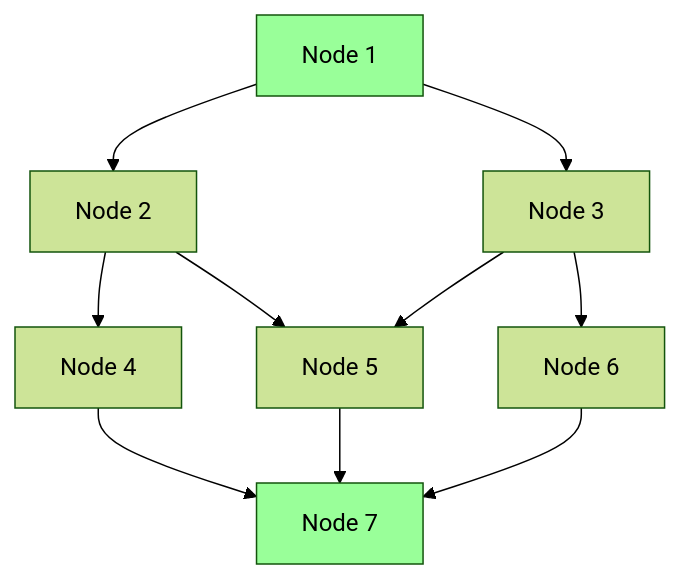
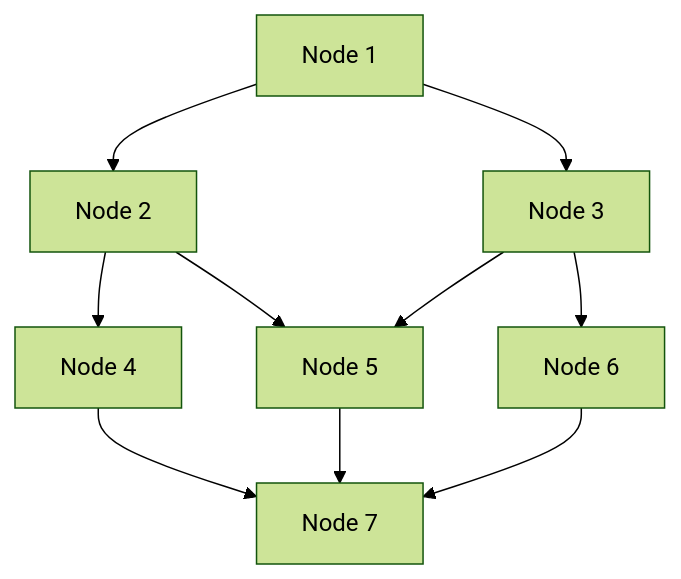
The sixth of 8 diagrams in derod-main/pages/integrity/network-consensus-validation.mdx (DHEBP/dero-docs), drawn with Mermaid (forest theme) before and after one commit. The commit also changed other lines of this file, not shown here.

First line of the commit message:
Fix diagram styling in network-consensus-validation

````diff
--- a/derod-main/pages/integrity/network-consensus-validation.mdx
+++ b/derod-main/pages/integrity/network-consensus-validation.mdx
@@ -279,15 +279,12 @@
 ```mermaid
 graph TD
     N1["Node 1"] --> N2["Node 2"]
     N1 --> N3["Node 3"]
     N2 --> N4["Node 4"]
     N2 --> N5["Node 5"]
     N3 --> N5
     N3 --> N6["Node 6"]
     N4 --> N7["Node 7"]
     N5 --> N7
     N6 --> N7
-    
-    style N1 fill:#9f9
-    style N7 fill:#9f9
 ```
````
